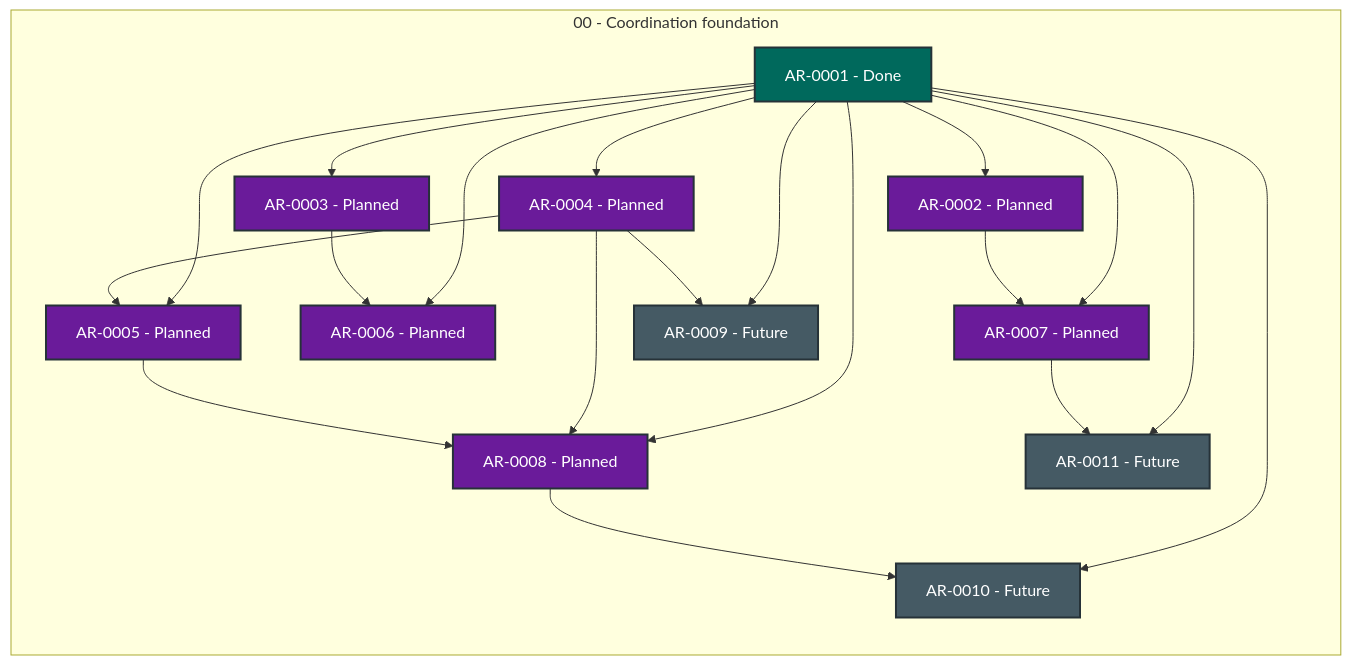
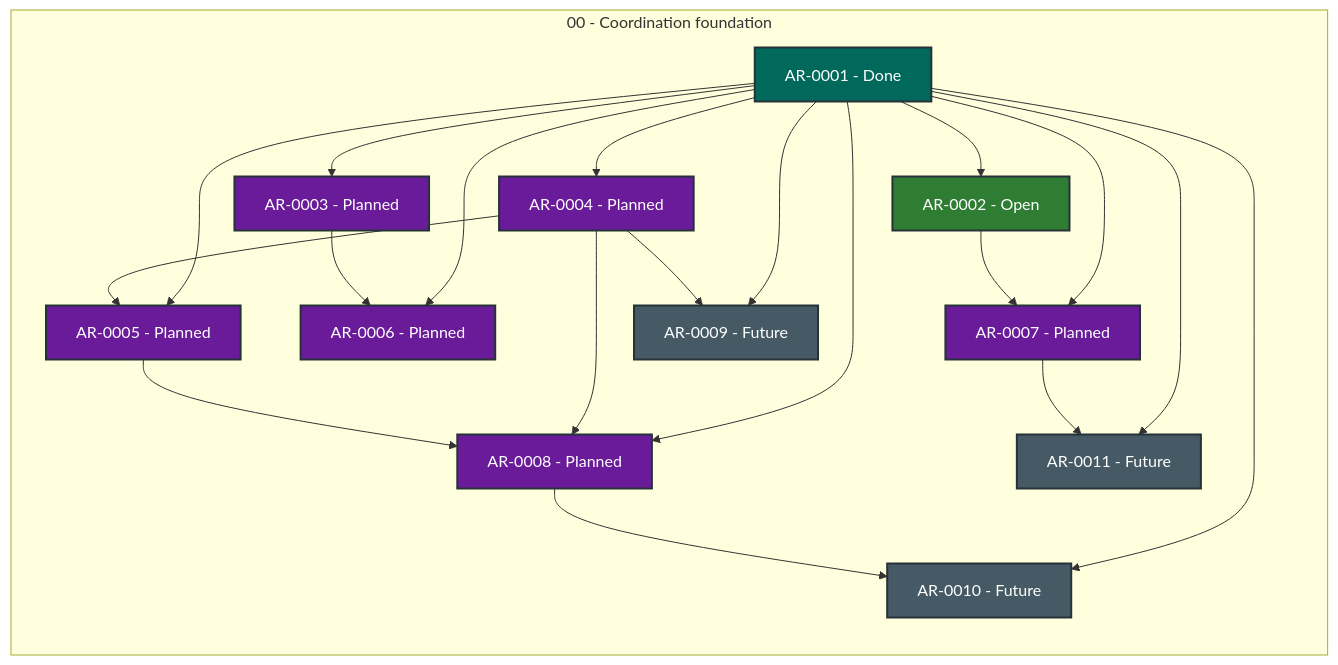
The diagram in STATUS.md (martin-beck/agent-workflow-quality-state), drawn with Mermaid before and after one commit. The commit also changed other lines of this file and 2 other files, not shown here.

````diff
--- a/STATUS.md
+++ b/STATUS.md
@@ -27,43 +27,43 @@
 ```mermaid
 flowchart LR
     subgraph series_00["00 - Coordination foundation"]
         direction TB
         AR_0001["AR-0001 - Done"]:::status_done
-        AR_0002["AR-0002 - Planned"]:::status_planned
+        AR_0002["AR-0002 - Open"]:::status_open
         AR_0003["AR-0003 - Planned"]:::status_planned
         AR_0004["AR-0004 - Planned"]:::status_planned
         AR_0005["AR-0005 - Planned"]:::status_planned
         AR_0006["AR-0006 - Planned"]:::status_planned
         AR_0007["AR-0007 - Planned"]:::status_planned
         AR_0008["AR-0008 - Planned"]:::status_planned
         AR_0009["AR-0009 - Future"]:::status_future
         AR_0010["AR-0010 - Future"]:::status_future
         AR_0011["AR-0011 - Future"]:::status_future
     end
     AR_0001 --> AR_0002
     AR_0001 --> AR_0003
     AR_0001 --> AR_0004
     AR_0001 --> AR_0005
     AR_0001 --> AR_0006
     AR_0001 --> AR_0007
     AR_0001 --> AR_0008
     AR_0001 --> AR_0009
     AR_0001 --> AR_0010
     AR_0001 --> AR_0011
     AR_0002 --> AR_0007
     AR_0003 --> AR_0006
     AR_0004 --> AR_0005
     AR_0004 --> AR_0008
     AR_0004 --> AR_0009
     AR_0005 --> AR_0008
     AR_0007 --> AR_0011
     AR_0008 --> AR_0010
     classDef status_in_progress fill:#1565c0,color:#ffffff,stroke:#263238,stroke-width:2px
     classDef status_open fill:#2e7d32,color:#ffffff,stroke:#263238,stroke-width:2px
     classDef status_blocked fill:#c62828,color:#ffffff,stroke:#263238,stroke-width:2px
     classDef status_planned fill:#6a1b9a,color:#ffffff,stroke:#263238,stroke-width:2px
     classDef status_future fill:#455a64,color:#ffffff,stroke:#263238,stroke-width:2px
     classDef status_done fill:#00695c,color:#ffffff,stroke:#263238,stroke-width:2px
     classDef status_cancelled fill:#616161,color:#ffffff,stroke:#263238,stroke-width:2px
     classDef status_superseded fill:#5d4037,color:#ffffff,stroke:#263238,stroke-width:2px
 ```
````
